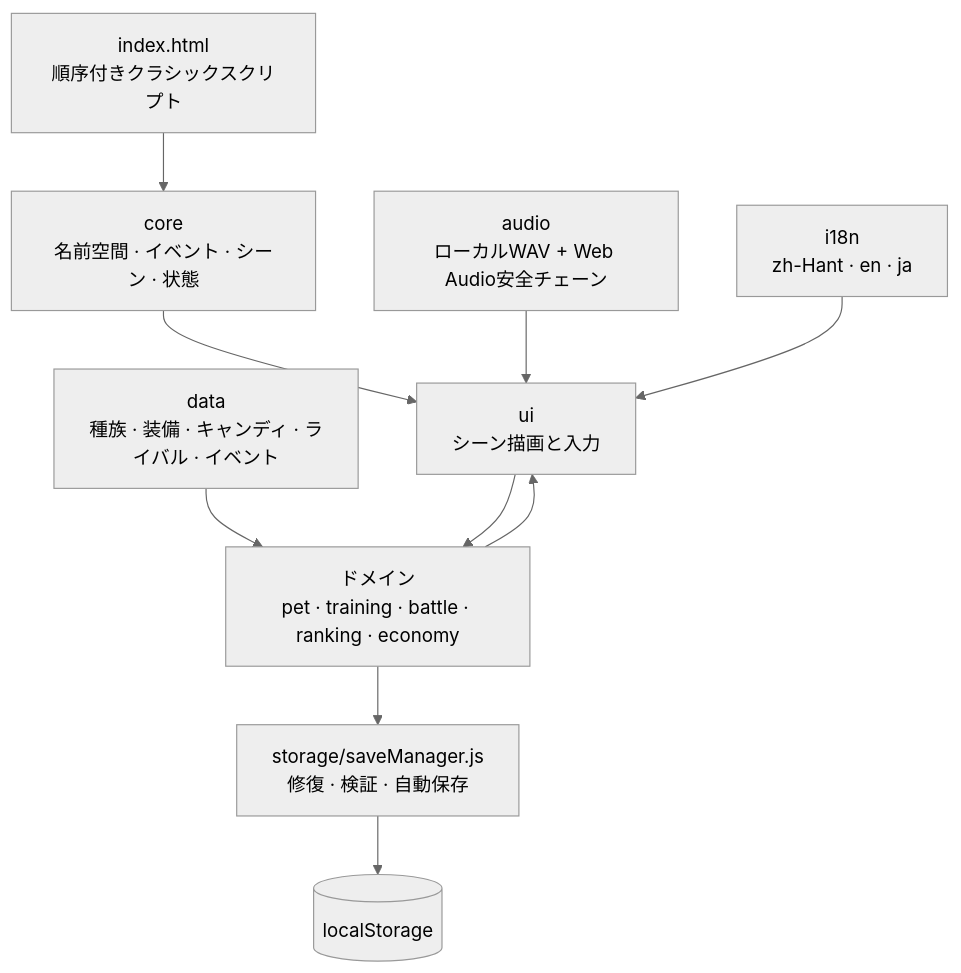
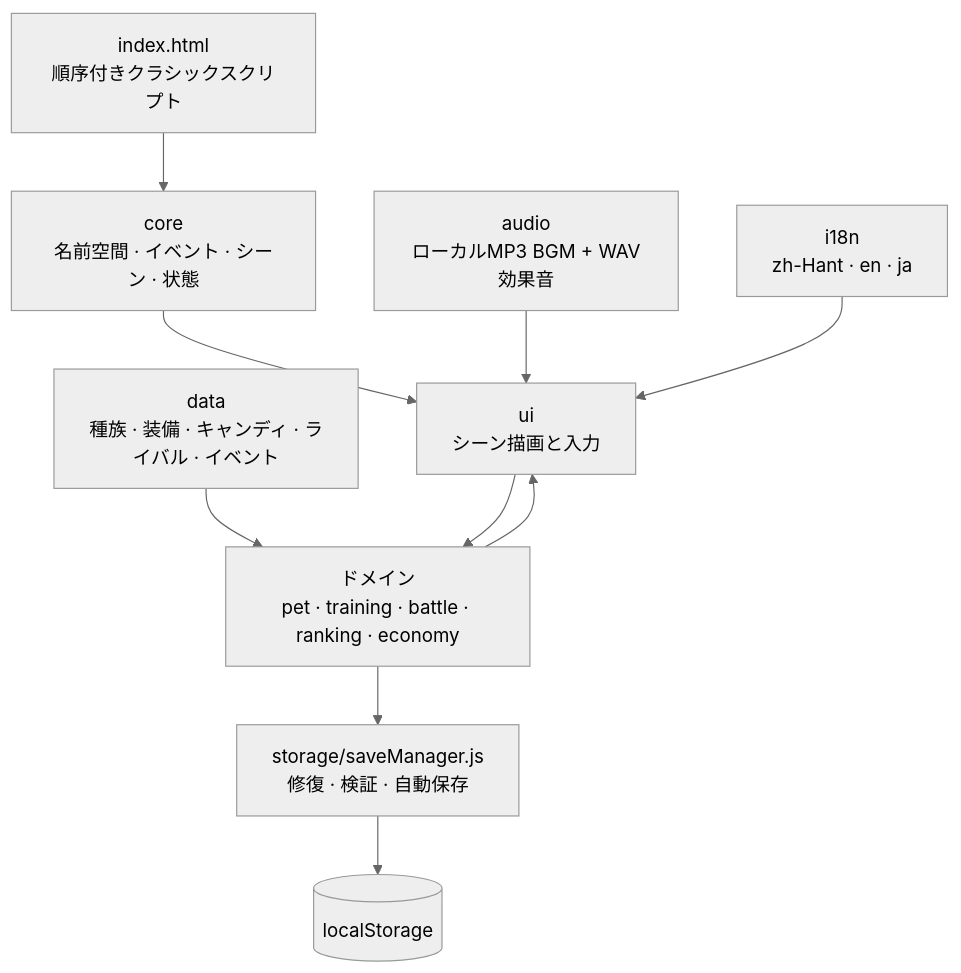
Before and after one commit to weipan84578/Games_Workshop: the fourth of 6 diagrams in Pet_Simulation_Game/README.md, drawn with Mermaid (neutral theme). The commit also changed other lines of this file and 38 other files, not shown here.

````diff
--- a/Pet_Simulation_Game/README.md
+++ b/Pet_Simulation_Game/README.md
@@ -464,12 +478,12 @@
 ```mermaid
 flowchart TD
     HTML[index.html<br>順序付きクラシックスクリプト] --> Core[core<br>名前空間 · イベント · シーン · 状態]
     Data[data<br>種族 · 装備 · キャンディ · ライバル · イベント] --> Domain
     Core --> UI[ui<br>シーン描画と入力]
     UI --> Domain[ドメイン<br>pet · training · battle · ranking · economy]
     Domain --> Save[storage/saveManager.js<br>修復 · 検証 · 自動保存]
     Save --> Local[(localStorage)]
     Domain --> UI
-    Audio[audio<br>ローカルWAV + Web Audio安全チェーン] --> UI
+    Audio[audio<br>ローカルMP3 BGM + WAV効果音] --> UI
     I18n[i18n<br>zh-Hant · en · ja] --> UI
 ```
````
